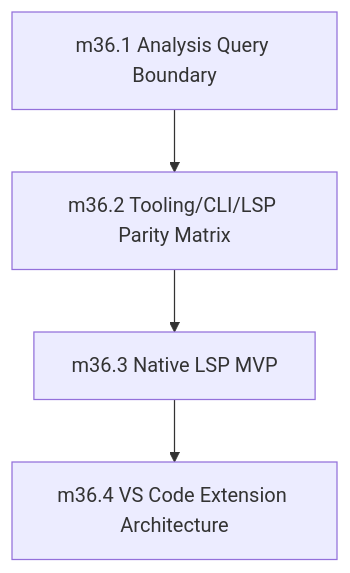
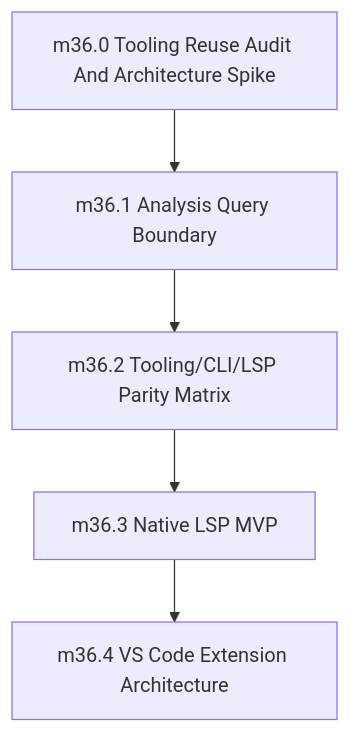
One commit to sifr-lang/sifr changed the diagram in internal_docs/phases/36_developer_tooling_and_ecosystem_hooks.md. Above: the diagram before and after it, drawn with Mermaid. The commit also changed other lines of this file and 4 other files, not shown here.

Commit message:
Add tooling reuse strategy audit

````diff
--- a/internal_docs/phases/36_developer_tooling_and_ecosystem_hooks.md
+++ b/internal_docs/phases/36_developer_tooling_and_ecosystem_hooks.md
@@ -248,11 +253,13 @@
 ```mermaid
 flowchart TD
+    m36_0["m36.0 Tooling Reuse Audit And Architecture Spike"]
     m36_1["m36.1 Analysis Query Boundary"]
     m36_2["m36.2 Tooling/CLI/LSP Parity Matrix"]
     m36_3["m36.3 Native LSP MVP"]
     m36_4["m36.4 VS Code Extension Architecture"]
 
+    m36_0 --> m36_1
     m36_1 --> m36_2
     m36_2 --> m36_3
     m36_3 --> m36_4
 ```
````
